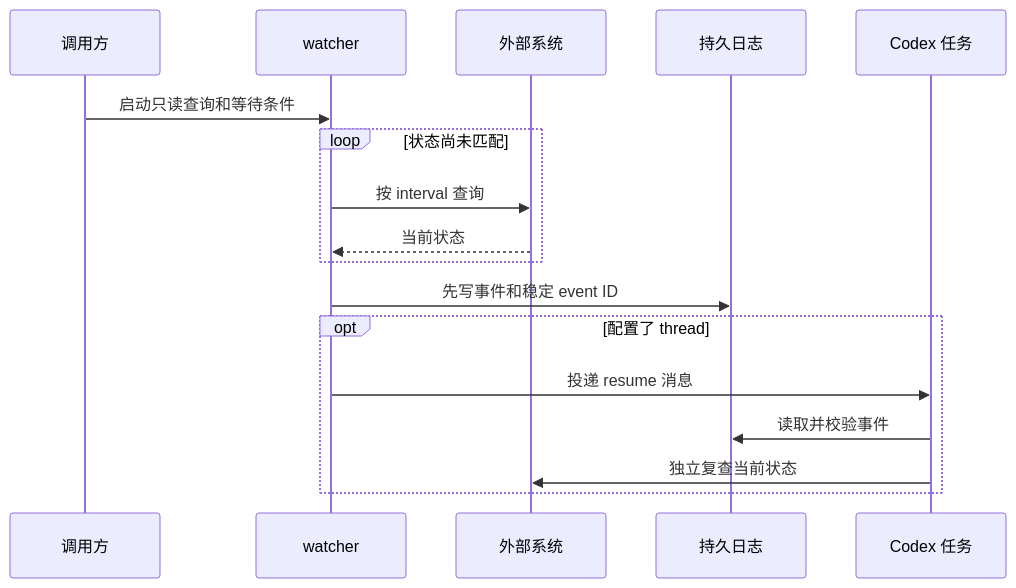
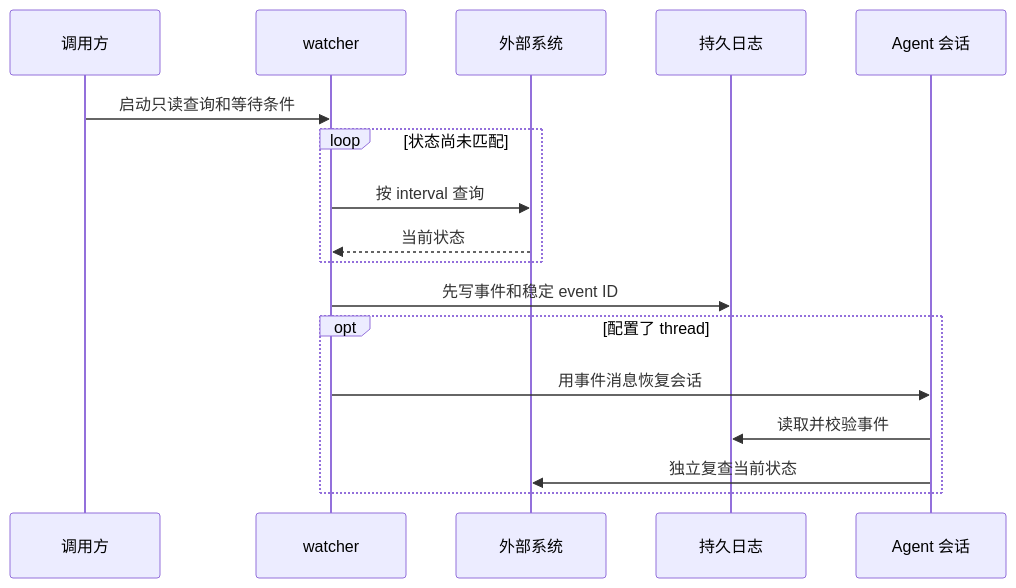
The first of 2 diagrams in docs/wait.zh-CN.md (wenxueru/wait-skill), drawn with Mermaid before and after one commit. The commit also changed other lines of this file and 27 other files, not shown here.

````diff
--- a/docs/wait.zh-CN.md
+++ b/docs/wait.zh-CN.md
@@ -9,20 +9,20 @@
 ```mermaid
 sequenceDiagram
     participant R as 调用方
     participant W as watcher
     participant E as 外部系统
     participant L as 持久日志
-    participant C as Codex 任务
+    participant C as Agent 会话
 
     R->>W: 启动只读查询和等待条件
     loop 状态尚未匹配
         W->>E: 按 interval 查询
         E-->>W: 当前状态
     end
     W->>L: 先写事件和稳定 event ID
     opt 配置了 thread
-        W->>C: 投递 resume 消息
+        W->>C: 用事件消息恢复会话
         C->>L: 读取并校验事件
         C->>E: 独立复查当前状态
     end
 ```
````
